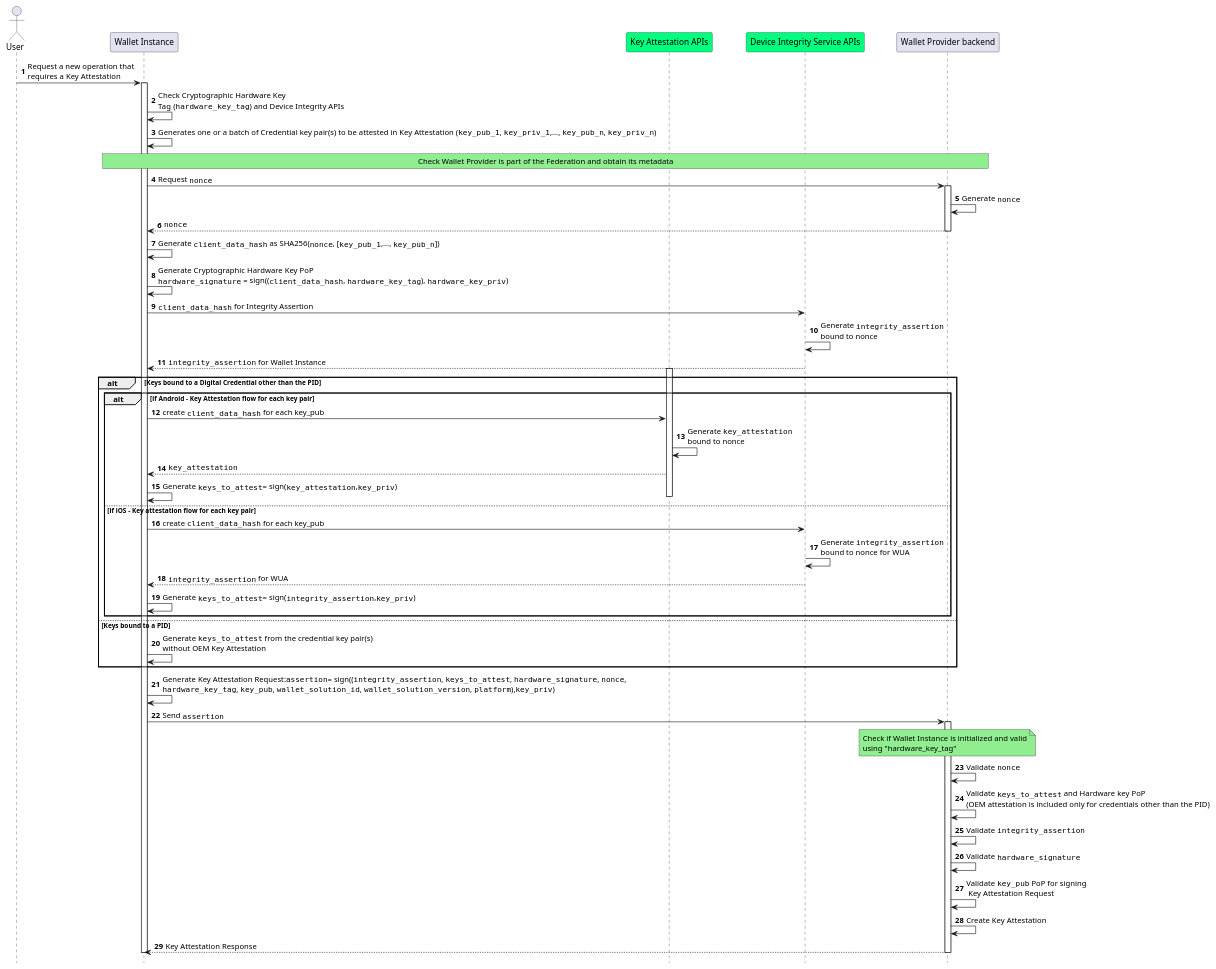
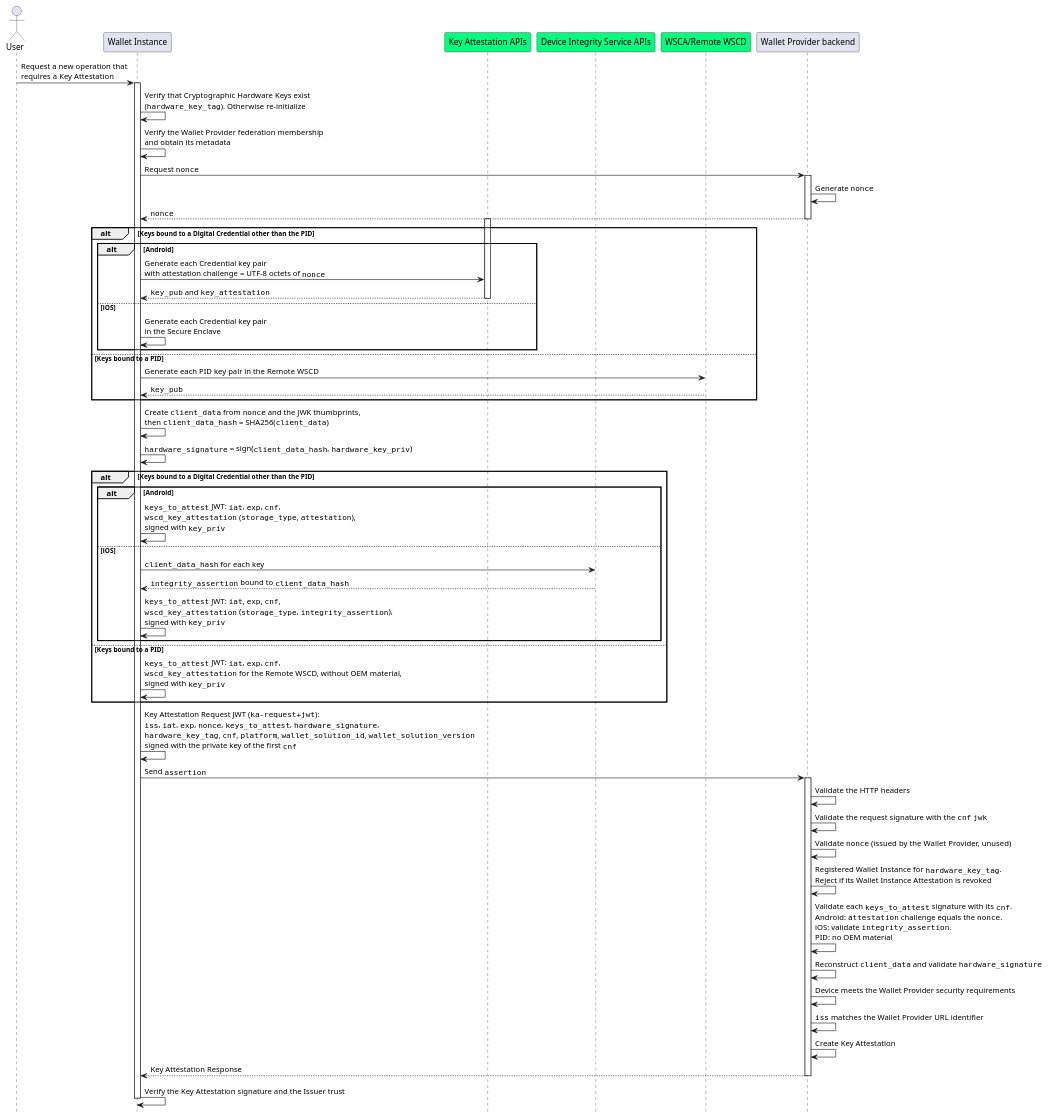
Before and after one commit to italia/eid-wallet-it-docs: the diagram in docs/en/plantuml/wallet-attestation-issuance.puml, drawn with PlantUML. The commit also changed 1 other file, not shown here.

Commit message:
wallet solution: diagrams updated with the eudiw arch

```diff
--- a/docs/en/plantuml/wallet-attestation-issuance.puml
+++ b/docs/en/plantuml/wallet-attestation-issuance.puml
@@ -1,88 +1,91 @@
-@startuml Wallet App and Wallet Unit Attestations Issuance
-autonumber
+@startuml Key Attestation Issuance
 hide footbox
 
 'Participants
 actor "User" as user
-participant "Wallet Instance" as app 
+participant "Wallet Instance" as app
 participant "Key Attestation APIs" as kats #springgreen
 participant "Device Integrity Service APIs" as aats #springgreen
+participant "WSCA/Remote WSCD" as wsca #springgreen
 participant "Wallet Provider backend" as bck
 
-user->app: Request a new operation that\nrequires a Key Attestation 
+user->app: Request a new operation that\nrequires a Key Attestation
 activate app
 
-app->app: Check Cryptographic Hardware Key \nTag (""hardware_key_tag"") and Device Integrity APIs
+app->app: Verify that Cryptographic Hardware Keys exist\n(""hardware_key_tag""). Otherwise re-initialize
 
-app->app: Generates one or a batch of Credential key pair(s) to be attested in Key Attestation (""key_pub_1"", ""key_priv_1"",..., ""key_pub_n"", ""key_priv_n"")
-
-rnote over app,bck #LIGHTGREEN
-Check Wallet Provider is part of the Federation and obtain its metadata
-endrnote
+app->app: Verify the Wallet Provider federation membership\nand obtain its metadata
 
 app->bck: Request ""nonce""
 activate bck
-
 bck->bck: Generate ""nonce""
-
 bck-->app: ""nonce""
 deactivate bck
 
+alt Keys bound to a Digital Credential other than the PID
 
-app->app: Generate ""client_data_hash"" as SHA256(""nonce"", [""key_pub_1"",..., ""key_pub_n""]) 
+alt Android
 
-app->app: Generate Cryptographic Hardware Key PoP\n""hardware_signature"" = sign((""client_data_hash"", ""hardware_key_tag""), ""hardware_key_priv"")
+activate kats
+app->kats: Generate each Credential key pair\nwith attestation challenge = UTF-8 octets of ""nonce""
+kats-->app: ""key_pub"" and ""key_attestation""
+deactivate kats
 
-app->aats: ""client_data_hash"" for Integrity Assertion
-aats->aats: Generate ""integrity_assertion""\nbound to nonce 
-aats-->app: ""integrity_assertion"" for Wallet Instance
+else iOS
+
+app->app: Generate each Credential key pair\nin the Secure Enclave
+
+end
+
+else Keys bound to a PID
+
+app->wsca: Generate each PID key pair in the Remote WSCD
+wsca-->app: ""key_pub""
+
+end
+
+app->app: Create ""client_data"" from ""nonce"" and the JWK thumbprints,\nthen ""client_data_hash"" = SHA256(""client_data"")
+
+app->app: ""hardware_signature"" = sign(""client_data_hash"", ""hardware_key_priv"")
 
 alt Keys bound to a Digital Credential other than the PID
 
-alt if Android - Key Attestation flow for each key pair
+alt Android
 
-activate kats
+app->app: ""keys_to_attest"" JWT: ""iat"", ""exp"", ""cnf"",\n""wscd_key_attestation"" (""storage_type"", ""attestation""),\nsigned with ""key_priv""
 
-app->kats: create ""client_data_hash"" for each key_pub
+else iOS
 
-kats->kats: Generate ""key_attestation""\nbound to nonce
+app->aats: ""client_data_hash"" for each key
+aats-->app: ""integrity_assertion"" bound to ""client_data_hash""
+app->app: ""keys_to_attest"" JWT: ""iat"", ""exp"", ""cnf"",\n""wscd_key_attestation"" (""storage_type"", ""integrity_assertion""),\nsigned with ""key_priv""
 
-kats-->app: ""key_attestation"" 
-app->app : Generate ""keys_to_attest""= sign(""key_attestation"",""key_priv"")
-
-deactivate kats
-
-else if iOS - Key attestation flow for each key pair
-
-app->aats: create ""client_data_hash"" for each key_pub
-aats->aats: Generate ""integrity_assertion""\nbound to nonce for WUA
-aats-->app: ""integrity_assertion"" for WUA 
-app->app : Generate ""keys_to_attest""= sign(""integrity_assertion"",""key_priv"")
 end
 
 else Keys bound to a PID
-app->app: Generate ""keys_to_attest"" from the credential key pair(s)\nwithout OEM Key Attestation
+
+app->app: ""keys_to_attest"" JWT: ""iat"", ""exp"", ""cnf"",\n""wscd_key_attestation"" for the Remote WSCD, without OEM material,\nsigned with ""key_priv""
+
 end
 
-
-app->app: Generate Key Attestation Request:""assertion""= sign((""integrity_assertion"", ""keys_to_attest"", ""hardware_signature"", ""nonce"",\n""hardware_key_tag"", ""key_pub"", ""wallet_solution_id"", ""wallet_solution_version"", ""platform""),""key_priv"")
+app->app: Key Attestation Request JWT (""ka-request+jwt""):\n""iss"", ""iat"", ""exp"", ""nonce"", ""keys_to_attest"", ""hardware_signature"",\n""hardware_key_tag"", ""cnf"", ""platform"", ""wallet_solution_id"", ""wallet_solution_version""\nsigned with the private key of the first ""cnf""
 app->bck: Send ""assertion""
 activate bck
-Note over bck, bck #LIGHTGREEN
-Check if Wallet Instance is initialized and valid
-using "hardware_key_tag"
-End note
 
-bck->bck: Validate ""nonce""
-bck->bck: Validate ""keys_to_attest"" and Hardware key PoP\n(OEM attestation is included only for credentials other than the PID)
-bck->bck: Validate ""integrity_assertion""
-bck->bck: Validate ""hardware_signature""
-bck->bck: Validate ""key_pub"" PoP for signing\n Key Attestation Request
+bck->bck: Validate the HTTP headers
+bck->bck: Validate the request signature with the ""cnf"" ""jwk""
+bck->bck: Validate ""nonce"" (issued by the Wallet Provider, unused)
+bck->bck: Registered Wallet Instance for ""hardware_key_tag"".\nReject if its Wallet Instance Attestation is revoked
+bck->bck: Validate each ""keys_to_attest"" signature with its ""cnf"".\nAndroid: ""attestation"" challenge equals the ""nonce"".\niOS: validate ""integrity_assertion"".\nPID: no OEM material
+bck->bck: Reconstruct ""client_data"" and validate ""hardware_signature""
+bck->bck: Device meets the Wallet Provider security requirements
+bck->bck: ""iss"" matches the Wallet Provider URL identifier
 bck->bck: Create Key Attestation
 
+bck-->app: Key Attestation Response
+deactivate bck
 
-bck-->app: Key Attestation Response
+app->app: Verify the Key Attestation signature and the Issuer trust
 
-deactivate bck
 deactivate app
 @enduml
```
